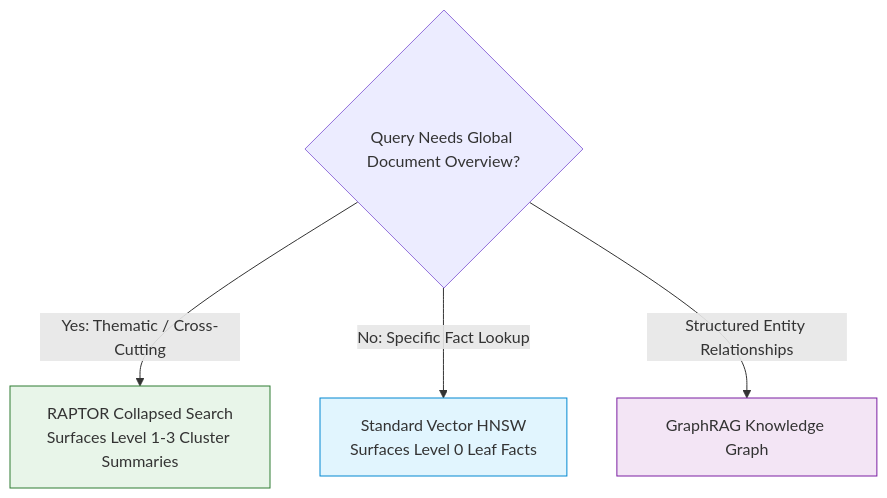
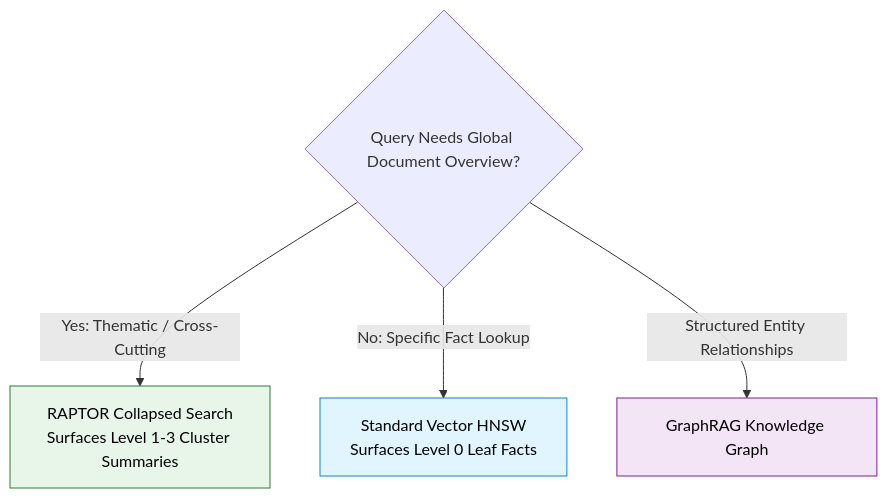
The fifth of 5 diagrams in 06-Advanced-RAG/RAPTOR.md (swapnil3104/RAG-Engineering), drawn with Mermaid before and after one commit. The commit also changed other lines of this file and 108 other files, not shown here.

Commit message:
fix: make chart text visible across all Mermaid diagrams and resolve markdown table formatting issues

````diff
--- a/06-Advanced-RAG/RAPTOR.md
+++ b/06-Advanced-RAG/RAPTOR.md
@@ -464,12 +464,12 @@
 ```mermaid
 flowchart TD
     Req{"Query Needs Global Document Overview?"}
     
     Req -->|Yes: Thematic / Cross-Cutting| R1["RAPTOR Collapsed Search<br/>Surfaces Level 1-3 Cluster Summaries"]
     Req -->|No: Specific Fact Lookup| R2["Standard Vector HNSW<br/>Surfaces Level 0 Leaf Facts"]
     Req -->|Structured Entity Relationships| R3["GraphRAG Knowledge Graph"]
 
-    style R1 fill:#e8f5e9,stroke:#2e7d32,stroke-width:1px
-    style R2 fill:#e1f5fe,stroke:#0288d1,stroke-width:1px
-    style R3 fill:#f3e5f5,stroke:#7b1fa2,stroke-width:1px
+    style R1 fill:#e8f5e9,stroke:#2e7d32,stroke-width:1px,color:#000000
+    style R2 fill:#e1f5fe,stroke:#0288d1,stroke-width:1px,color:#000000
+    style R3 fill:#f3e5f5,stroke:#7b1fa2,stroke-width:1px,color:#000000
 ```
````
